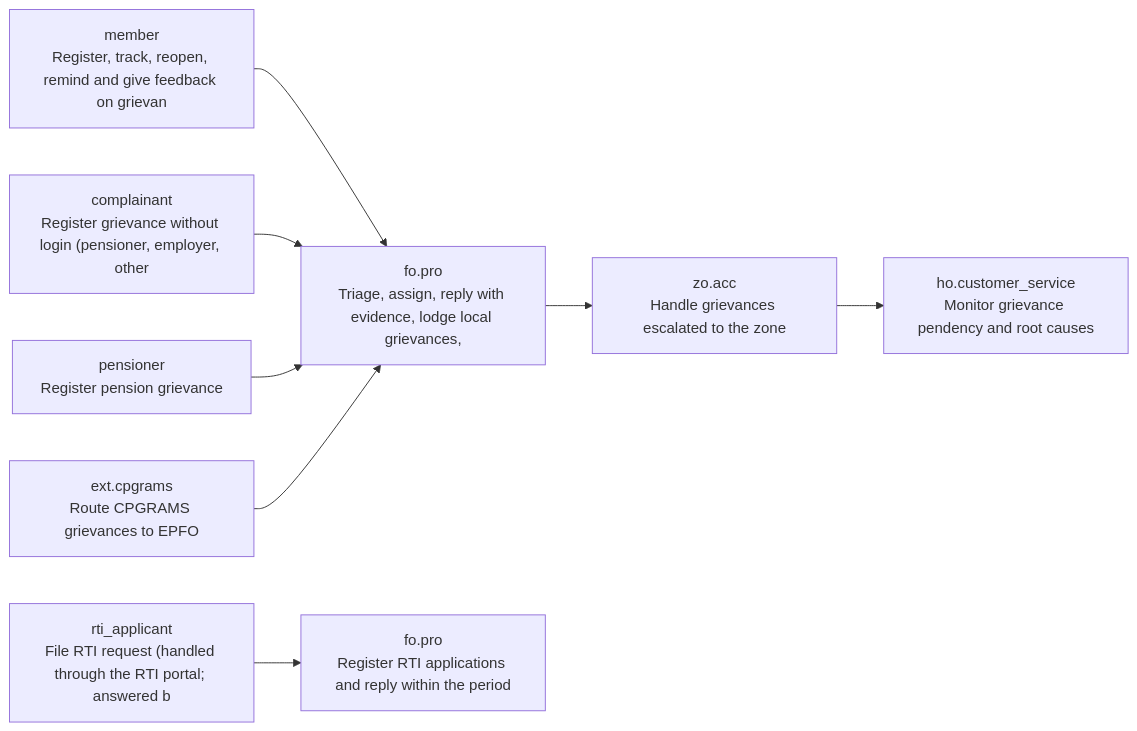
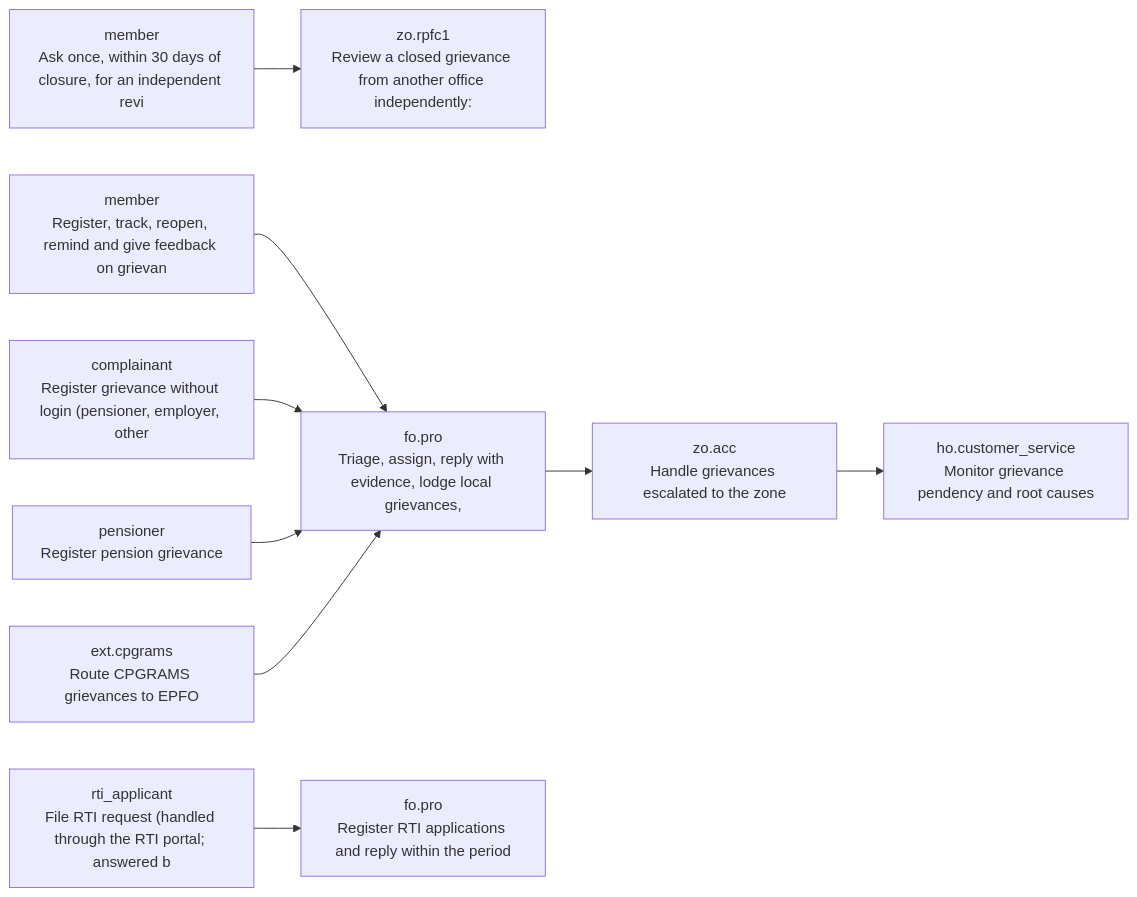
One commit to gauravmeena0708/pf-life changed the eighth of 14 diagrams in docs/stakeholder-api-sets.md. Above: the diagram before and after it, drawn with Mermaid. The commit also changed other lines of this file and 36 other files, not shown here.

First line of the commit message:
P2.19 and P2.24 wired: catalogue rows, activities, generated routes and contracts; the pages routed and in the menus (attachment orders, independent reviews, rule-change simulation, a review link on a closed grievance)

````diff
--- a/docs/stakeholder-api-sets.md
+++ b/docs/stakeholder-api-sets.md
@@ -2001,19 +2042,22 @@
 ```mermaid
 flowchart LR
   F08_member_file["member<br/>Register, track, reopen, remind and give feedback on grievan"]
+  F08_review_ask["member<br/>Ask once, within 30 days of closure, for an independent revi"]
+  F08_review_decide["zo.rpfc1<br/>Review a closed grievance from another office independently:"]
   F08_public_file["complainant<br/>Register grievance without login (pensioner, employer, other"]
   F08_pensioner_file["pensioner<br/>Register pension grievance"]
   F08_cpgrams["ext.cpgrams<br/>Route CPGRAMS grievances to EPFO"]
   F08_triage["fo.pro<br/>Triage, assign, reply with evidence, lodge local grievances,"]
   F08_escalate["zo.acc<br/>Handle grievances escalated to the zone"]
   F08_ho["ho.customer_service<br/>Monitor grievance pendency and root causes"]
   F08_rti["rti_applicant<br/>File RTI request (handled through the RTI portal; answered b"]
   F08_rti_reply["fo.pro<br/>Register RTI applications and reply within the period"]
   F08_member_file --> F08_triage
+  F08_review_ask --> F08_review_decide
   F08_public_file --> F08_triage
   F08_pensioner_file --> F08_triage
   F08_cpgrams --> F08_triage
   F08_triage --> F08_escalate
   F08_escalate --> F08_ho
   F08_rti --> F08_rti_reply
 ```
````
